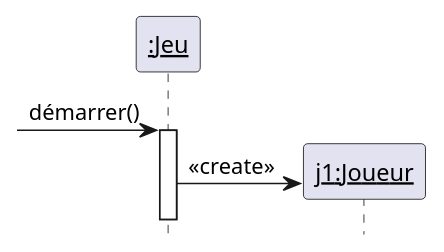
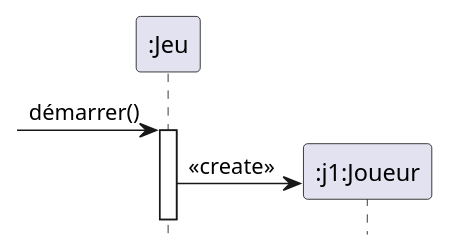
One commit to probitaille/log210-ndc-quarto changed the third of 11 diagrams in RDCU.qmd. Above: the diagram before and after it, drawn with PlantUML. The commit also changed other lines of this file and 1 other file, not shown here.

````diff
--- a/RDCU.qmd
+++ b/RDCU.qmd
@@ -152,12 +151,12 @@
 ```{.plantuml genurl="true" #fig-RDCU_Creation caption="Exemple de diagramme de séquence avec la création d'une instance Joueur." }
 @startuml
 hide footbox
 autoactivate on
 
-participant "__:Jeu__" as Jeu
+participant ":Jeu" as Jeu
 
 -> Jeu : démarrer()
-Jeu -> "__j1:Joueur__" ** : <<create>>
+Jeu -> ":j1:Joueur" ** : <<create>>
 
 @enduml
 ```
````
